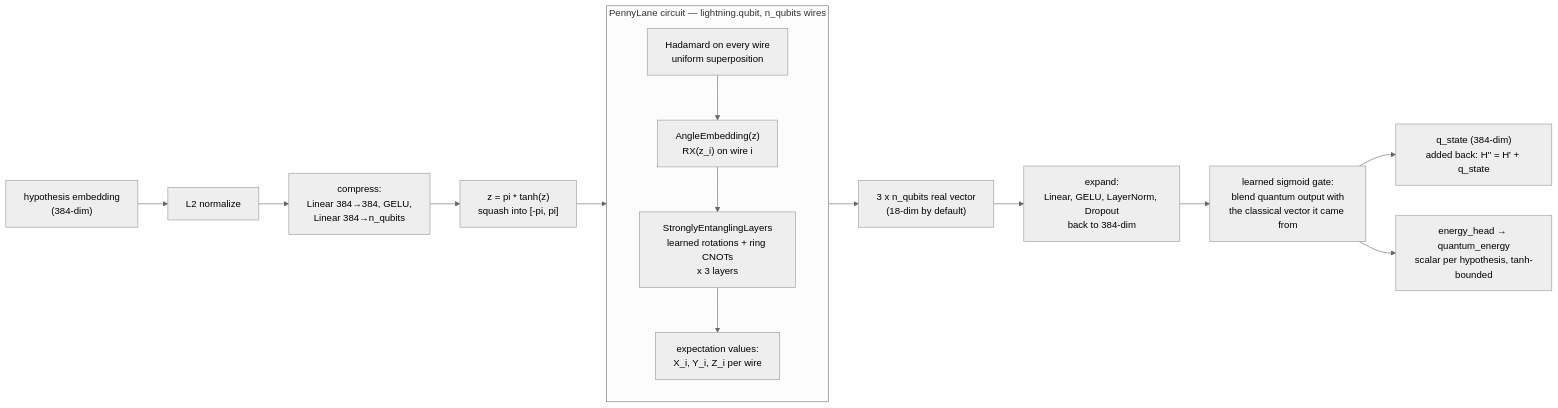
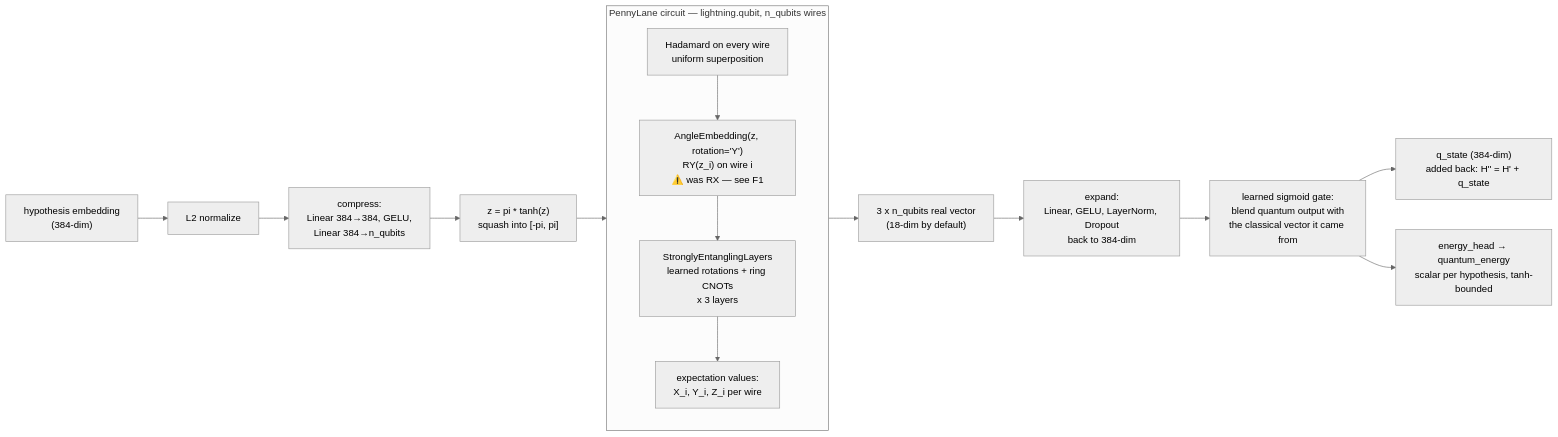
Before and after one commit to Thorfast191/qAIR-CSE499B: the fourth of 7 diagrams in README.md, drawn with Mermaid (neutral theme). The commit also changed other lines of this file and 25 other files, not shown here.

````diff
--- a/README.md
+++ b/README.md
@@ -163,20 +334,20 @@
 ```mermaid
 flowchart LR
     H["hypothesis embedding<br/>(384-dim)"] --> N["L2 normalize"]
     N --> C["compress:<br/>Linear 384→384, GELU,<br/>Linear 384→n_qubits"]
     C --> S["z = pi * tanh(z)<br/>squash into [-pi, pi]"]
     S --> CIRC
 
     subgraph CIRC["PennyLane circuit — lightning.qubit, n_qubits wires"]
         direction TB
-        HAD["Hadamard on every wire<br/>uniform superposition"] --> EMB["AngleEmbedding(z)<br/>RX(z_i) on wire i"]
+        HAD["Hadamard on every wire<br/>uniform superposition"] --> EMB["AngleEmbedding(z, rotation='Y')<br/>RY(z_i) on wire i<br/>⚠️ was RX — see F1"]
         EMB --> ENT["StronglyEntanglingLayers<br/>learned rotations + ring CNOTs<br/>x 3 layers"]
         ENT --> MEAS["expectation values:<br/>X_i, Y_i, Z_i per wire"]
     end
 
     CIRC --> V["3 x n_qubits real vector<br/>(18-dim by default)"]
     V --> EX["expand:<br/>Linear, GELU, LayerNorm, Dropout<br/>back to 384-dim"]
     EX --> GATE["learned sigmoid gate:<br/>blend quantum output with<br/>the classical vector it came from"]
     GATE --> QSTATE["q_state (384-dim)<br/>added back: H'' = H' + q_state"]
     GATE --> EHEAD["energy_head → quantum_energy<br/>scalar per hypothesis, tanh-bounded"]
 ```
````
